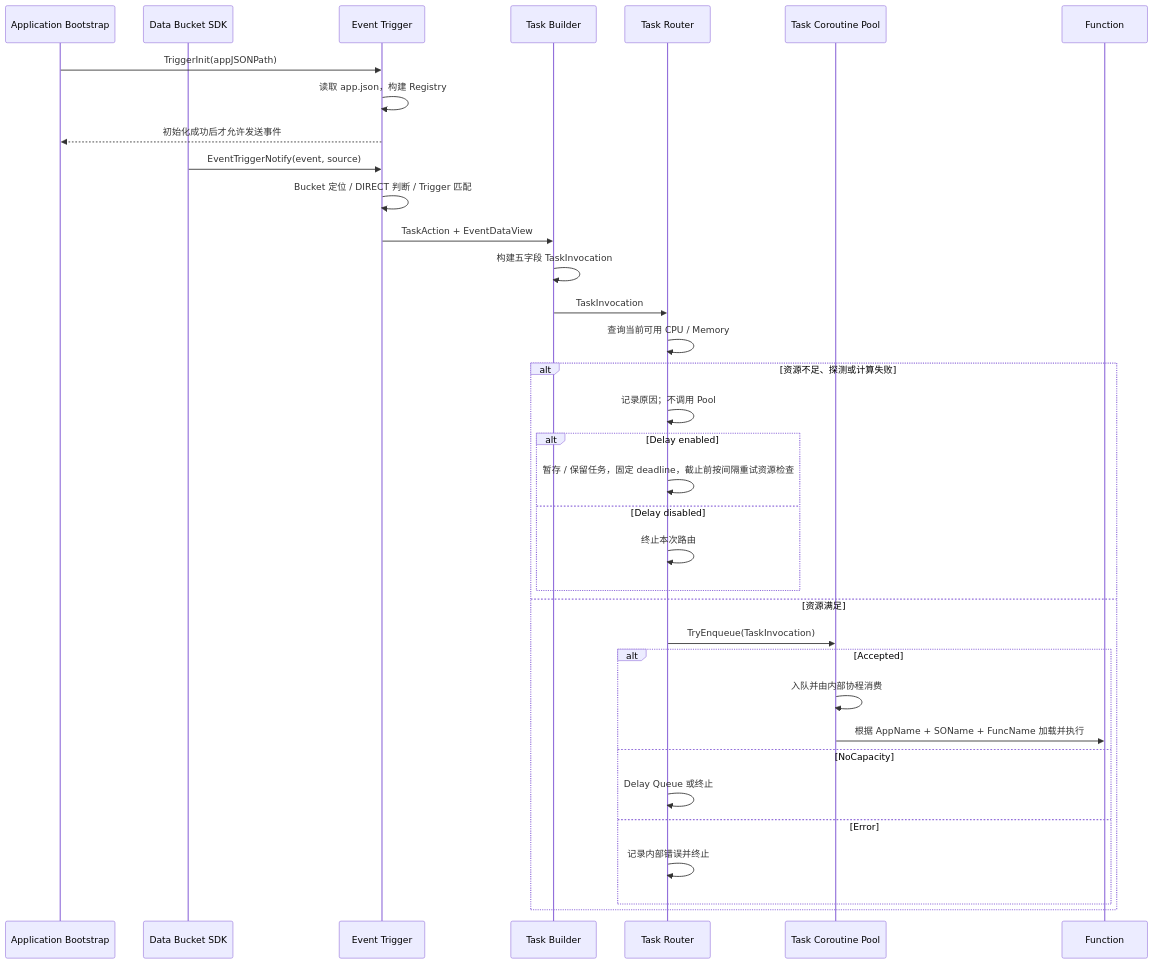
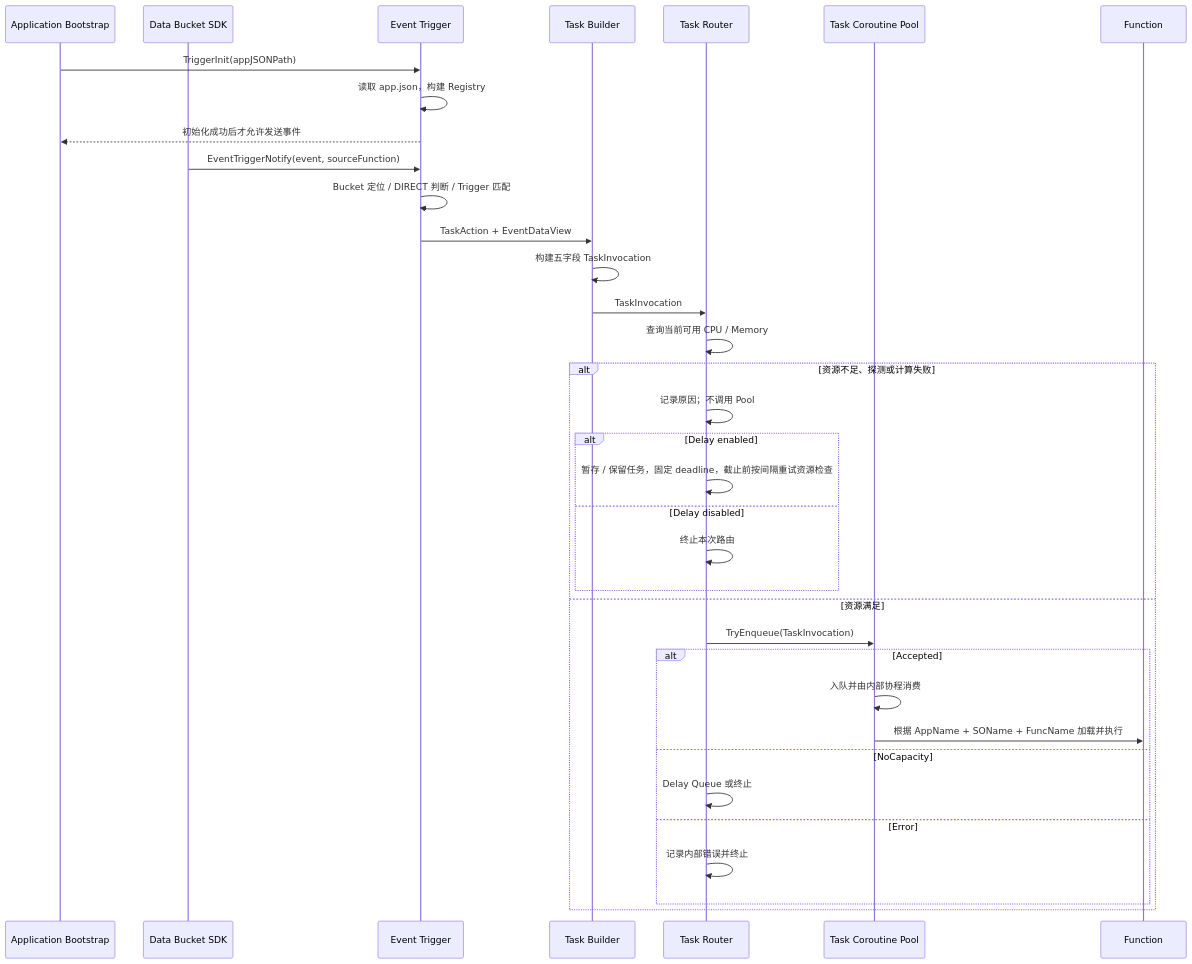
Before and after one commit to 10wvw01/Pheromone-mini: the fifth of 7 diagrams in docs/DESIGN.md, drawn with Mermaid. The commit also changed other lines of this file and 2 other files, not shown here.

Commit message:
Rename EventTriggerNotify parameter to sourceFunction

```diff
--- a/docs/DESIGN.md
+++ b/docs/DESIGN.md
@@ -1007,38 +1007,38 @@
 ~~~mermaid
 sequenceDiagram
     participant App as Application Bootstrap
     participant SDK as Data Bucket SDK
     participant ET as Event Trigger
     participant TB as Task Builder
     participant RT as Task Router
     participant Pool as Task Coroutine Pool
     participant Fn as Function
 
     App->>ET: TriggerInit(appJSONPath)
     ET->>ET: 读取 app.json，构建 Registry
     ET-->>App: 初始化成功后才允许发送事件
-    SDK->>ET: EventTriggerNotify(event, source)
+    SDK->>ET: EventTriggerNotify(event, sourceFunction)
     ET->>ET: Bucket 定位 / DIRECT 判断 / Trigger 匹配
     ET->>TB: TaskAction + EventDataView
     TB->>TB: 构建五字段 TaskInvocation
     TB->>RT: TaskInvocation
     RT->>RT: 查询当前可用 CPU / Memory
     alt 资源不足、探测或计算失败
         RT->>RT: 记录原因；不调用 Pool
         alt Delay enabled
             RT->>RT: 暂存 / 保留任务，固定 deadline，截止前按间隔重试资源检查
         else Delay disabled
             RT->>RT: 终止本次路由
         end
     else 资源满足
         RT->>Pool: TryEnqueue(TaskInvocation)
         alt Accepted
             Pool->>Pool: 入队并由内部协程消费
             Pool->>Fn: 根据 AppName + SOName + FuncName 加载并执行
         else NoCapacity
             RT->>RT: Delay Queue 或终止
         else Error
             RT->>RT: 记录内部错误并终止
         end
     end
 ~~~
```
